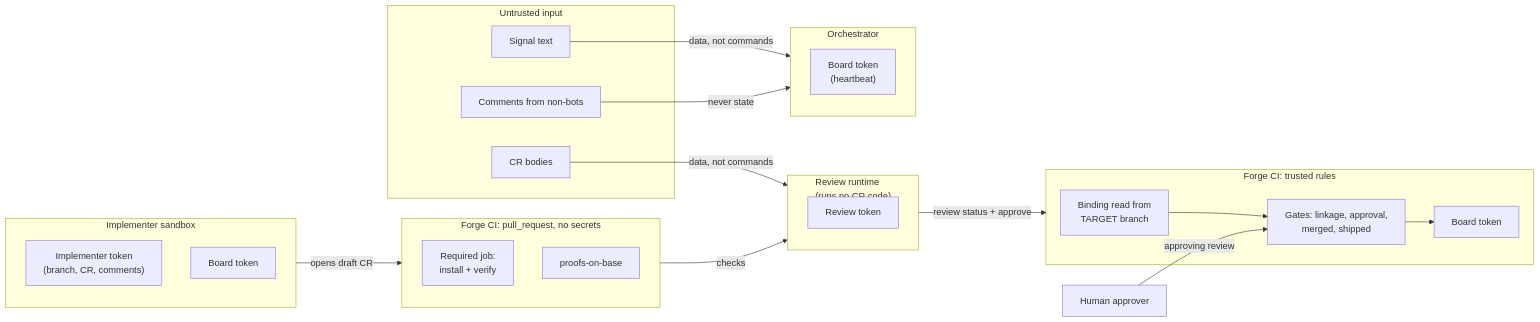
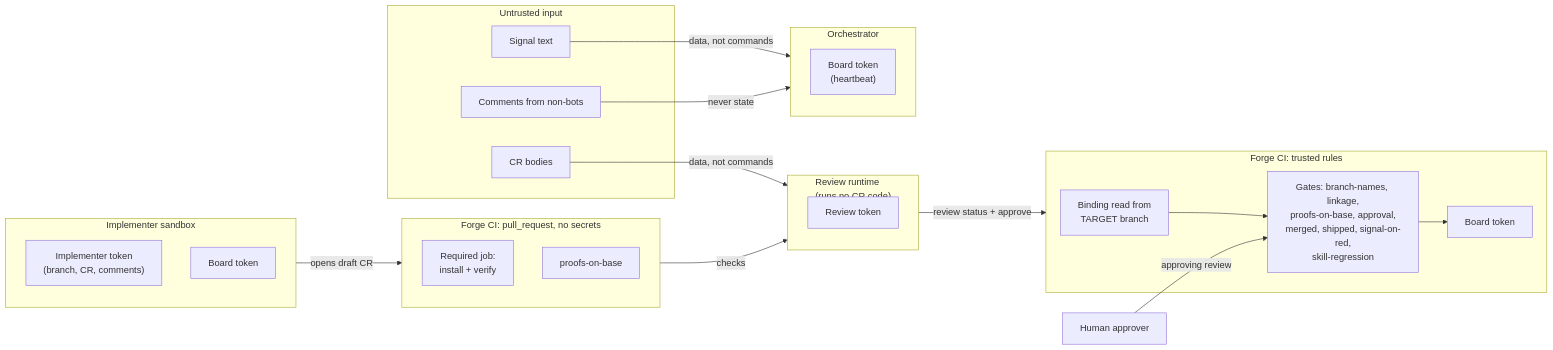
Before and after one commit to dmitriywind/agentic-sdlc: the fourth of 5 diagrams in docs/architecture/components.md, drawn with Mermaid. The commit also changed other lines of this file and 15 other files, not shown here.

Commit message:
learning off at budget 0 (template default); stress test round 2 record; roadmap

````diff
--- a/docs/architecture/components.md
+++ b/docs/architecture/components.md
@@ -153,38 +154,38 @@
 ```mermaid
 flowchart LR
   subgraph U["Untrusted input"]
     U1["Signal text"]
     U2["CR bodies"]
     U3["Comments from non-bots"]
   end
   subgraph CIN["Forge CI: pull_request, no secrets"]
     REQ["Required job:<br/>install + verify"]
     POB["proofs-on-base"]
   end
   subgraph CI["Forge CI: trusted rules"]
     T["Binding read from<br/>TARGET branch"]
-    GT["Gates: linkage, approval,<br/>merged, shipped"]
+    GT["Gates: branch-names, linkage,<br/>proofs-on-base, approval,<br/>merged, shipped, signal-on-red,<br/>skill-regression"]
     BT["Board token"]
   end
   subgraph IS["Implementer sandbox"]
     IT["Implementer token<br/>(branch, CR, comments)"]
     IB["Board token"]
   end
   subgraph RS["Review runtime<br/>(runs no CR code)"]
     RV["Review token"]
   end
   HU["Human approver"]
   subgraph OR["Orchestrator"]
     OB["Board token<br/>(heartbeat)"]
   end
 
   U1 -->|"data, not commands"| OR
   U2 -->|"data, not commands"| RS
   U3 -->|"never state"| OR
   T --> GT
   GT --> BT
   IS -->|"opens draft CR"| CIN
   CIN -->|"checks"| RS
   RS -->|"review status + approve"| CI
   HU -->|"approving review"| GT
 ```
````
